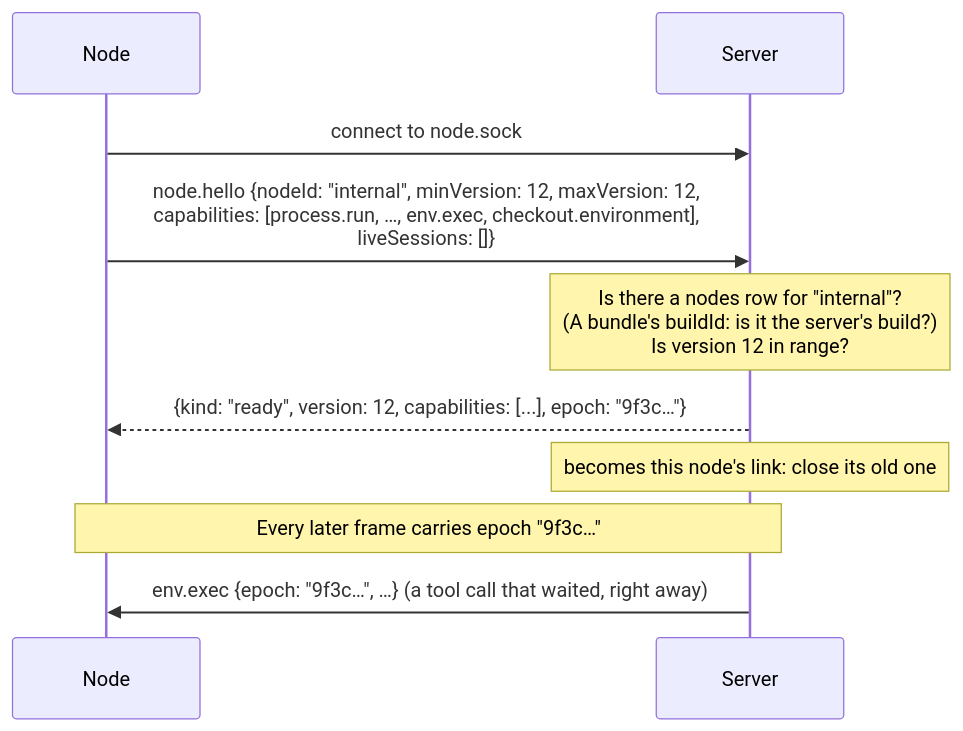
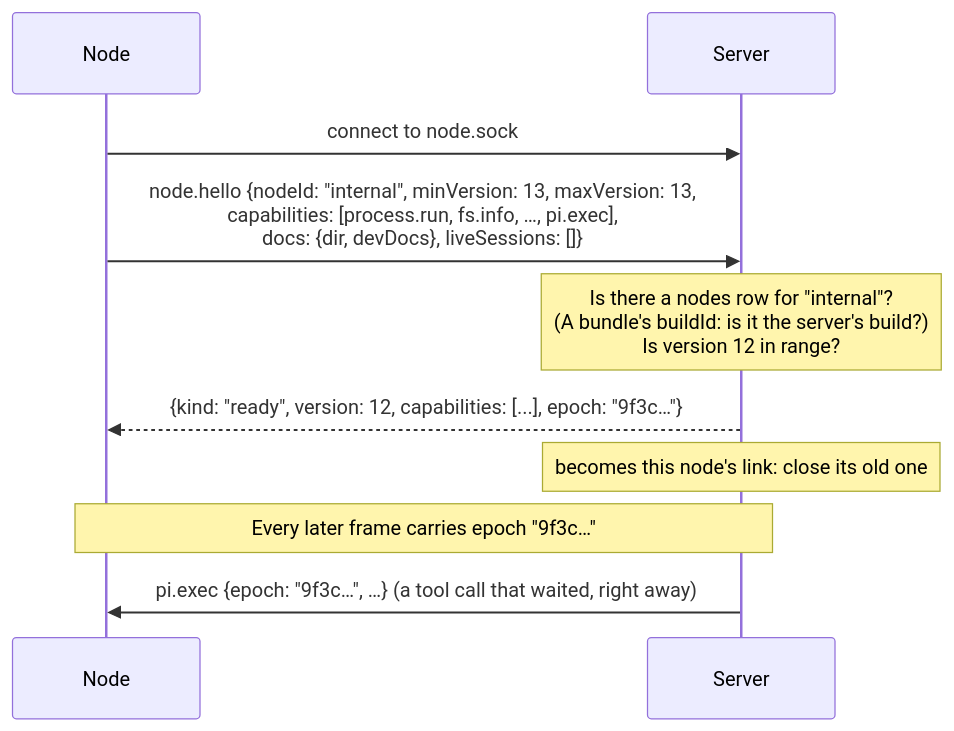
Before and after one commit to willtcarey/reins: the fourth of 9 diagrams in docs/dev/node-transport.md, drawn with Mermaid. The commit also changed other lines of this file and 56 other files, not shown here.

````diff
--- a/docs/dev/node-transport.md
+++ b/docs/dev/node-transport.md
@@ -269,12 +269,12 @@
 ```mermaid
 sequenceDiagram
     participant N as Node
     participant S as Server
     N->>S: connect to node.sock
-    N->>S: node.hello {nodeId: "internal", minVersion: 12, maxVersion: 12,<br/>capabilities: [process.run, …, env.exec, checkout.environment],<br/>liveSessions: []}
+    N->>S: node.hello {nodeId: "internal", minVersion: 13, maxVersion: 13,<br/>capabilities: [process.run, fs.info, …, pi.exec],<br/>docs: {dir, devDocs}, liveSessions: []}
     Note over S: Is there a nodes row for "internal"?<br/>(A bundle's buildId: is it the server's build?)<br/>Is version 12 in range?
     S-->>N: {kind: "ready", version: 12, capabilities: [...], epoch: "9f3c…"}
     Note over S: becomes this node's link: close its old one
     Note over N,S: Every later frame carries epoch "9f3c…"
-    S->>N: env.exec {epoch: "9f3c…", …} (a tool call that waited, right away)
+    S->>N: pi.exec {epoch: "9f3c…", …} (a tool call that waited, right away)
 ```
````
